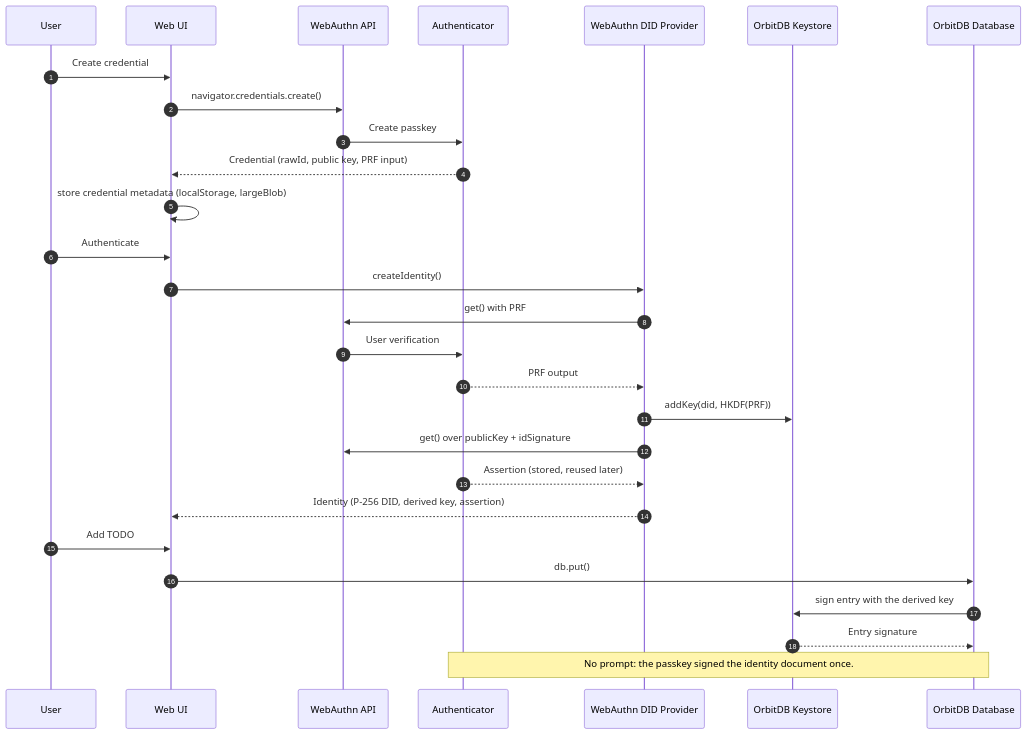
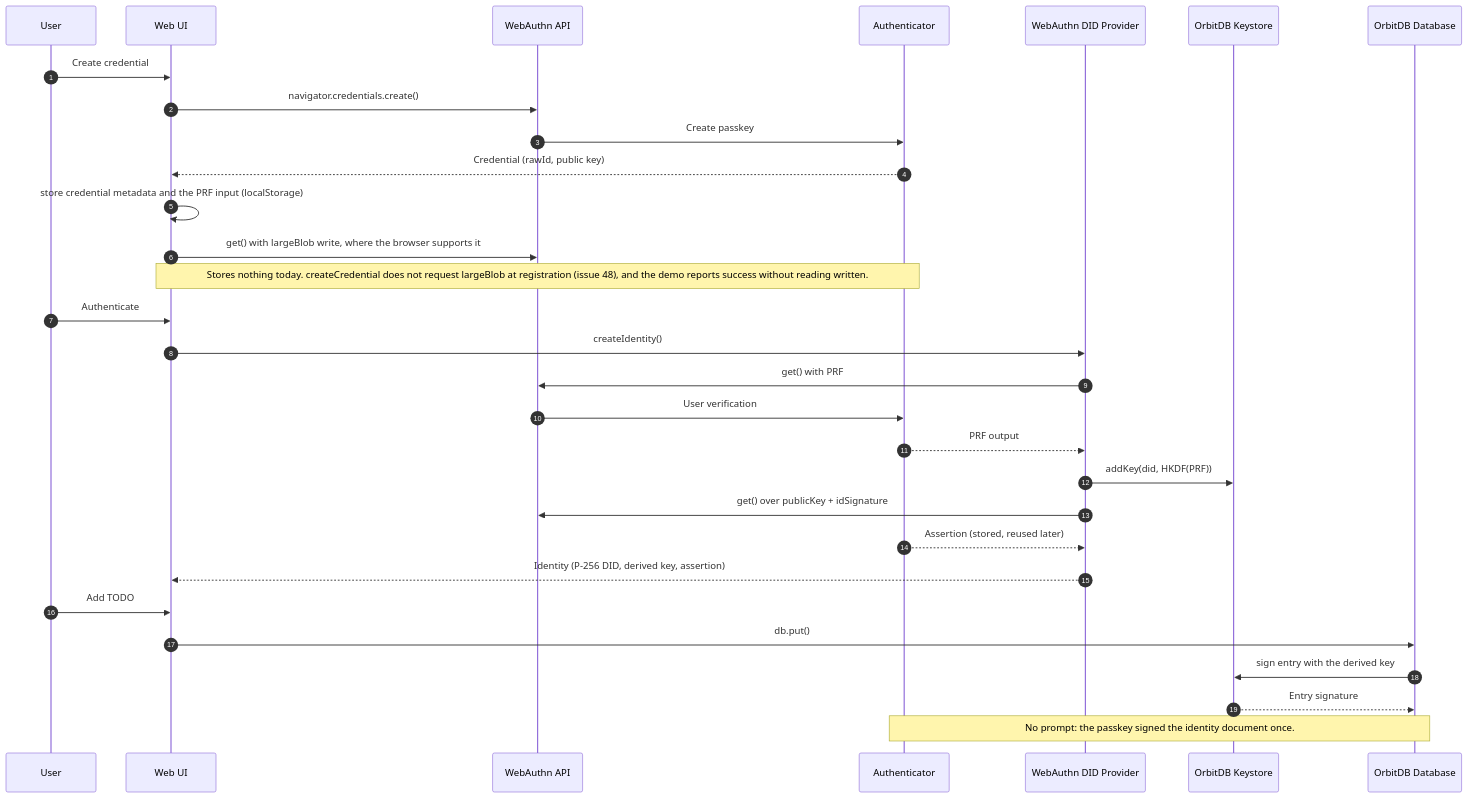
Before and after one commit to Le-Space/orbitdb-identity-provider-webauthn-did: the diagram in examples/webauthn-todo-demo/README.md, drawn with Mermaid. The commit also changed 3 other files, not shown here.

````diff
--- a/examples/webauthn-todo-demo/README.md
+++ b/examples/webauthn-todo-demo/README.md
@@ -79,33 +79,35 @@
 ```mermaid
 sequenceDiagram
   autonumber
   participant User
   participant App as Web UI
   participant WebAuthn as WebAuthn API
   participant Auth as Authenticator
   participant Prov as WebAuthn DID Provider
   participant KS as OrbitDB Keystore
   participant DB as OrbitDB Database
 
   User->>App: Create credential
   App->>WebAuthn: navigator.credentials.create()
   WebAuthn->>Auth: Create passkey
-  Auth-->>App: Credential (rawId, public key, PRF input)
-  App->>App: store credential metadata (localStorage, largeBlob)
+  Auth-->>App: Credential (rawId, public key)
+  App->>App: store credential metadata and the PRF input (localStorage)
+  App->>WebAuthn: get() with largeBlob write, where the browser supports it
+  Note over App,Auth: Stores nothing today. createCredential does not request largeBlob at registration (issue 48), and the demo reports success without reading written.
 
   User->>App: Authenticate
   App->>Prov: createIdentity()
   Prov->>WebAuthn: get() with PRF
   WebAuthn->>Auth: User verification
   Auth-->>Prov: PRF output
   Prov->>KS: addKey(did, HKDF(PRF))
   Prov->>WebAuthn: get() over publicKey + idSignature
   Auth-->>Prov: Assertion (stored, reused later)
   Prov-->>App: Identity (P-256 DID, derived key, assertion)
 
   User->>App: Add TODO
   App->>DB: db.put()
   DB->>KS: sign entry with the derived key
   KS-->>DB: Entry signature
   Note over Auth,DB: No prompt: the passkey signed the identity document once.
 ```
````
